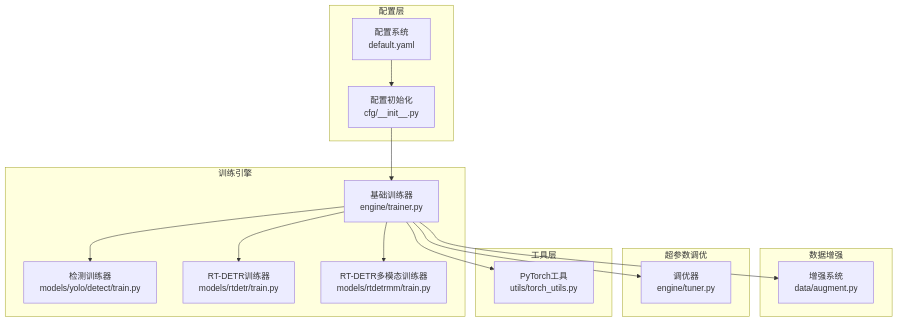
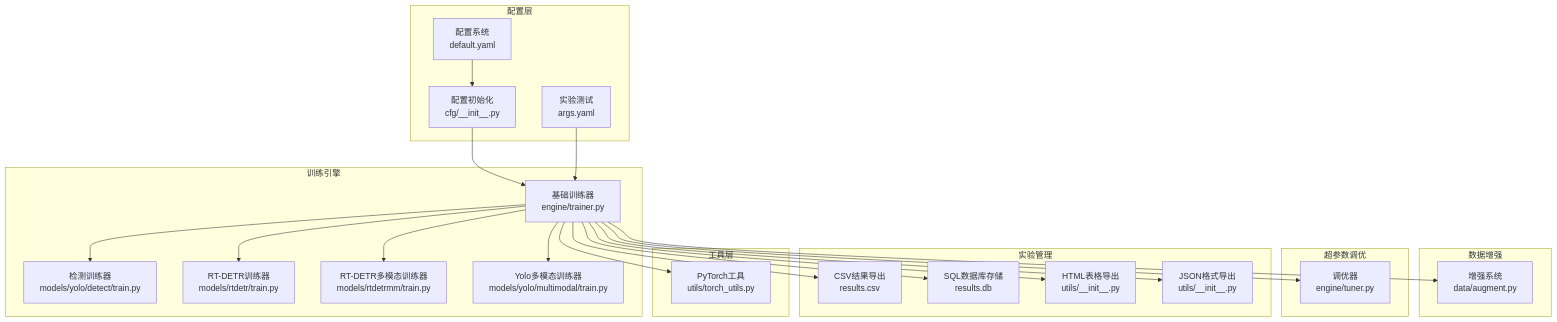
Before and after one commit to 2208754827/MM-IMPROVE: the first of 11 diagrams in .qoder/repowiki/zh/content/模型配置与管理/训练配置管理/训练配置管理.md, drawn with Mermaid. The commit also changed other lines of this file and 1211 other files, not shown here.

````diff
--- a/.qoder/repowiki/zh/content/模型配置与管理/训练配置管理/训练配置管理.md
+++ b/.qoder/repowiki/zh/content/模型配置与管理/训练配置管理/训练配置管理.md
@@ -42,30 +51,45 @@
 ```mermaid
 graph TB
 subgraph "配置层"
 CFG[配置系统<br/>default.yaml]
 CFG_INIT[配置初始化<br/>cfg/__init__.py]
+END_TEST[实验测试<br/>args.yaml]
 end
 subgraph "训练引擎"
 TRAINER[基础训练器<br/>engine/trainer.py]
 DETECT_TRAIN[检测训练器<br/>models/yolo/detect/train.py]
 RTDETR_TRAIN[RT-DETR训练器<br/>models/rtdetr/train.py]
 RTDETRMM_TRAIN[RT-DETR多模态训练器<br/>models/rtdetrmm/train.py]
+YOLO_MM_TRAIN[Yolo多模态训练器<br/>models/yolo/multimodal/train.py]
 end
 subgraph "数据增强"
 AUGMENT[增强系统<br/>data/augment.py]
 end
 subgraph "超参数调优"
 TUNER[调优器<br/>engine/tuner.py]
 end
+subgraph "实验管理"
+RESULTS_CSV[CSV结果导出<br/>results.csv]
+RESULTS_SQL[SQL数据库存储<br/>results.db]
+RESULTS_HTML[HTML表格导出<br/>utils/__init__.py]
+RESULTS_JSON[JSON格式导出<br/>utils/__init__.py]
+end
 subgraph "工具层"
 TORCH_UTILS[PyTorch工具<br/>utils/torch_utils.py]
+END_TEST[实验测试<br/>args.yaml]
 end
 CFG --> CFG_INIT
 CFG_INIT --> TRAINER
 TRAINER --> DETECT_TRAIN
 TRAINER --> RTDETR_TRAIN
 TRAINER --> RTDETRMM_TRAIN
+TRAINER --> YOLO_MM_TRAIN
 TRAINER --> AUGMENT
 TRAINER --> TUNER
+TRAINER --> RESULTS_CSV
+TRAINER --> RESULTS_SQL
+TRAINER --> RESULTS_HTML
+TRAINER --> RESULTS_JSON
 TRAINER --> TORCH_UTILS
+END_TEST --> TRAINER
 ```
````
